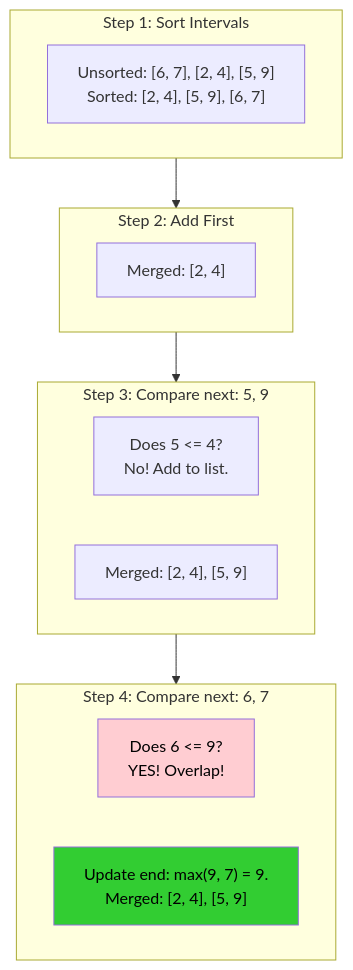
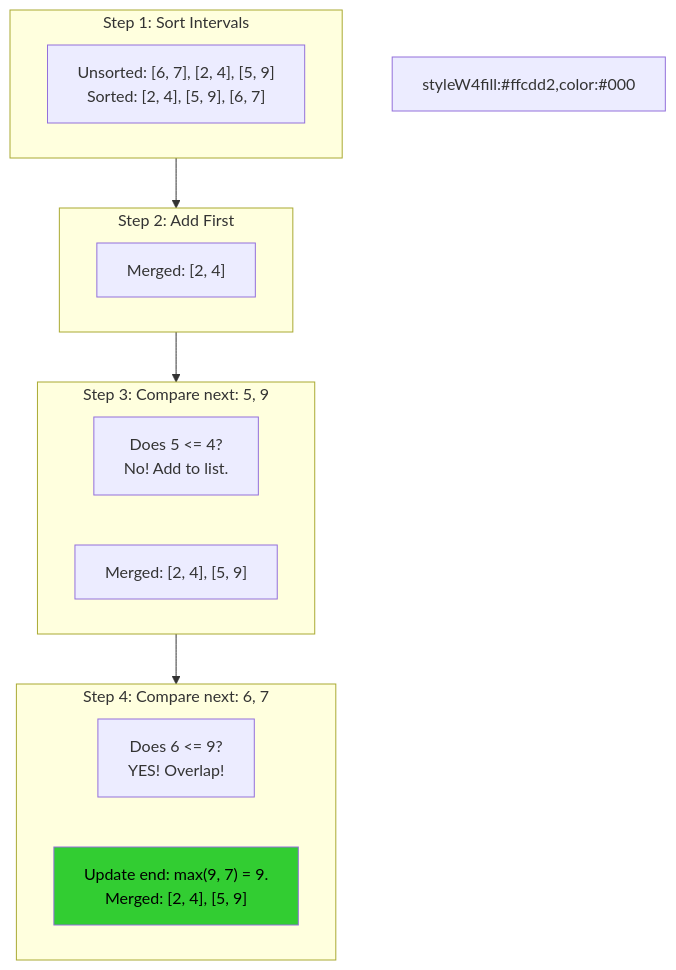
One commit to vadde/DSA changed the diagram in 05 - Merge Intervals/problem_01_merge_intervals_walkthrough.md. Above: the diagram before and after it, drawn with Mermaid. The commit also changed 245 other files, not shown here.

First line of the commit message:
fix: Forensic fix of all Mermaid rendering issues across entire DSA repo + add pre-commit validation infrastructure

````diff
--- a/05 - Merge Intervals/problem_01_merge_intervals_walkthrough.md
+++ b/05 - Merge Intervals/problem_01_merge_intervals_walkthrough.md
@@ -36,27 +36,27 @@
 ```mermaid
 flowchart TD
     subgraph Step1 [Step 1: Sort Intervals]
         W1["Unsorted: [6, 7], [2, 4], [5, 9]\nSorted: [2, 4], [5, 9], [6, 7]"]
     end
     
     subgraph Step2 [Step 2: Add First]
         W2["Merged: [2, 4]"]
     end
     
     subgraph Step3 [Step 3: Compare next: 5, 9]
         W3["Does 5 <= 4?\nNo! Add to list."]
         N3["Merged: [2, 4], [5, 9]"]
     end
     
     subgraph Step4 [Step 4: Compare next: 6, 7]
         W4["Does 6 <= 9?\nYES! Overlap!"]
         N4["Update end: max(9, 7) = 9.\nMerged: [2, 4], [5, 9]"]
     end
-    
-    Step1 --> Step2
-    Step2 --> Step3
+
+Step1 --> Step2
+Step2 --> Step3
     Step3 --> Step4
-    
-    style W4 fill:#ffcdd2,color:#000
+
+styleW4fill:#ffcdd2,color:#000
     style N4 fill:#32CD32,color:#000
 ```
````
